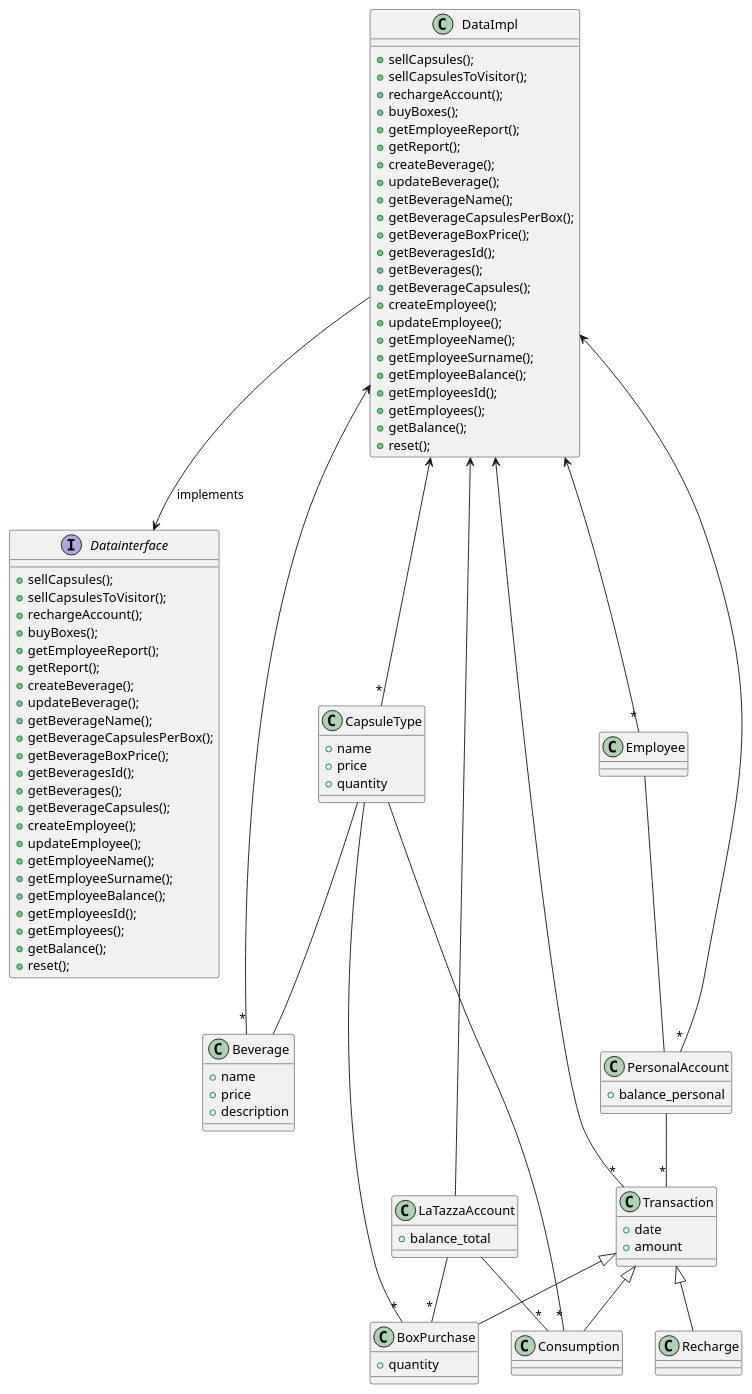
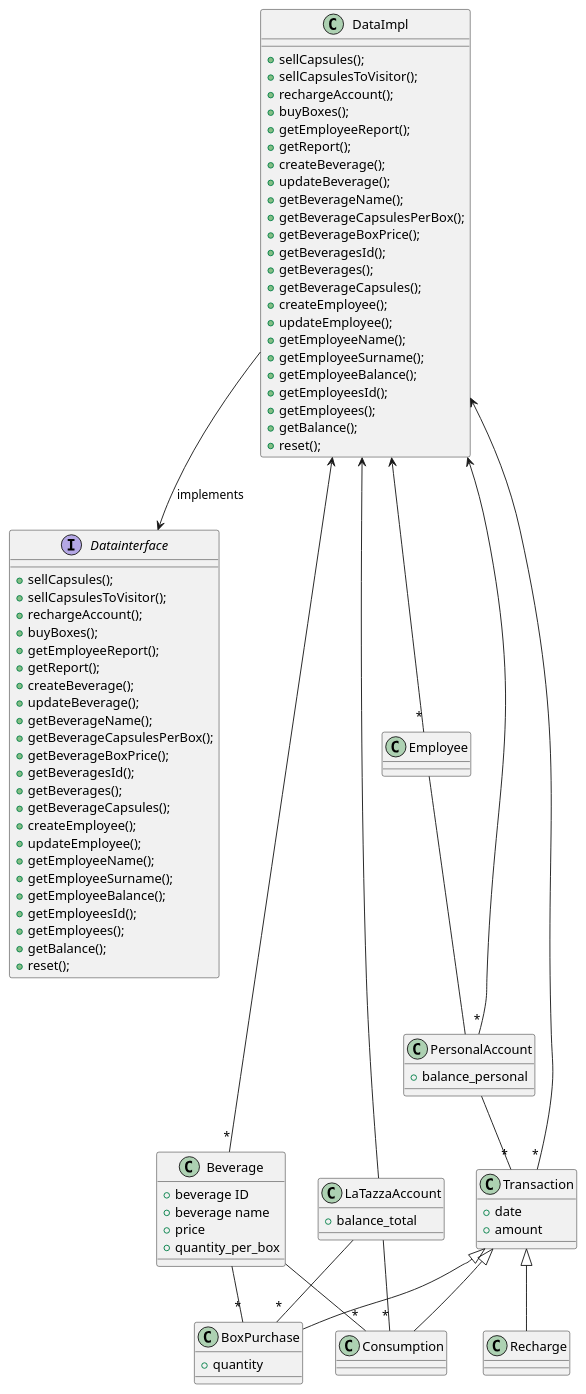
One commit to salvatore-dimartino/LaTazza changed the third of 7 diagrams in templates/DesignDocumentTemplate.md. Above: the diagram before and after it, drawn with PlantUML.

```diff
--- a/templates/DesignDocumentTemplate.md
+++ b/templates/DesignDocumentTemplate.md
@@ -137,17 +137,10 @@
 }
 
 class Beverage {
-+ name
++ beverage ID
++ beverage name
 + price
-+ description
-}
-
-CapsuleType -- Beverage
-
-class CapsuleType {
-+ name
-+ price
-+ quantity
++ quantity_per_box
 }
 
 class BoxPurchase {
@@ -160,15 +153,14 @@
 }
 
 DataImpl <-- "*" Employee
-DataImpl <-- "*" CapsuleType
 DataImpl <-- "*" Beverage
 DataImpl <-- LaTazzaAccount
 
 LaTazzaAccount -- "*" BoxPurchase
 LaTazzaAccount -- "*" Consumption
 
-CapsuleType -- "*" Consumption
-CapsuleType -- "*" BoxPurchase
+Beverage -- "*" Consumption
+Beverage -- "*" BoxPurchase
 
 Employee -- PersonalAccount
 PersonalAccount -- "*" Transaction
```
